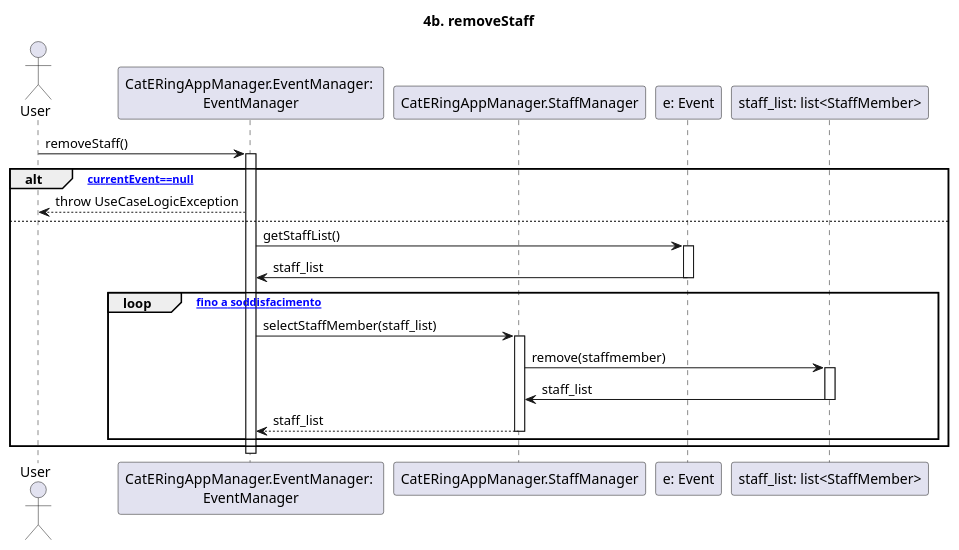
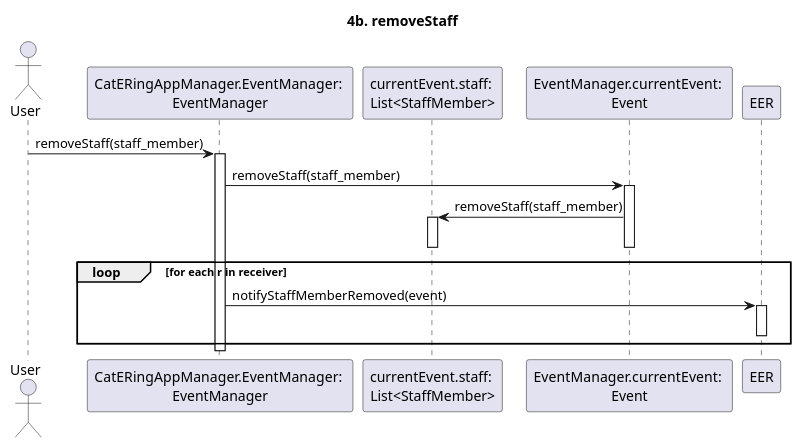
The diagram in dsd/dsd-eventi/estensioniEcc/4b-removeStaff.md (m0canu1/sas), drawn with PlantUML before and after one commit. The commit also changed 2 other files, not shown here.

Commit message:
basta per oggi cazzo

````diff
--- a/dsd/dsd-eventi/estensioniEcc/4b-removeStaff.md
+++ b/dsd/dsd-eventi/estensioniEcc/4b-removeStaff.md
@@ -1,35 +1,28 @@
 ```plantuml
 
 title: 4b. removeStaff
 
 Actor User
 Participant "CatERingAppManager.EventManager: \nEventManager" as EM
-Participant "CatERingAppManager.StaffManager" as SM
-Participant "e: Event" as E
+Participant "currentEvent.staff: \nList<StaffMember>" as SM
+Participant "EventManager.currentEvent: \nEvent" as CE
 
-User -> EM: removeStaff()
+User -> EM: removeStaff(staff_member)
 Activate EM
 
-alt [currentEvent==null]
-    EM --> User: throw UseCaseLogicException
-else
-    EM -> E: getStaffList()
-    Activate E
-    E -> EM: staff_list
-    Deactivate E
-    
-    loop ["fino a soddisfacimento"]
-        EM -> SM: selectStaffMember(staff_list)
-        Activate SM
-        
-            SM -> "staff_list: list<StaffMember>": remove(staffmember)
-            Activate "staff_list: list<StaffMember>"
-            "staff_list: list<StaffMember>" -> SM: staff_list
-            Deactivate "staff_list: list<StaffMember>"
-        SM --> EM: staff_list
-        Deactivate SM
-    end    
+EM -> CE: removeStaff(staff_member)
+Activate CE
+  CE -> SM: removeStaff(staff_member)
+  Activate SM
+  Deactivate SM
+Deactivate CE
+
+loop for each r in receiver
+    EM -> EER: notifyStaffMemberRemoved(event)
+    Activate EER
+    Deactivate EER
 end
+
 Deactivate EM
 
 ```
````
